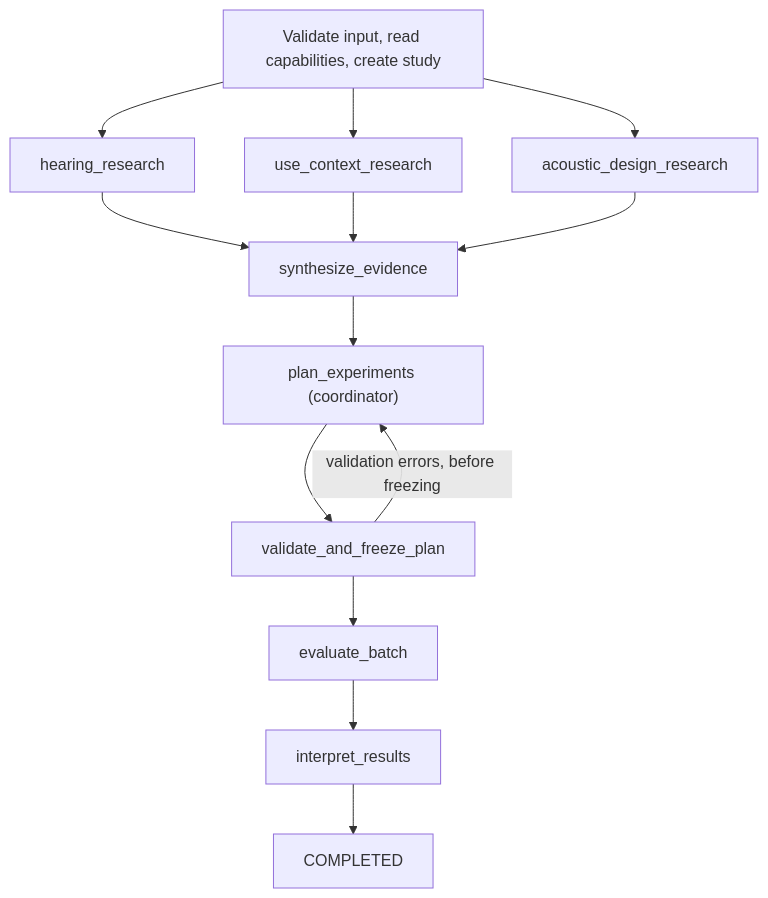
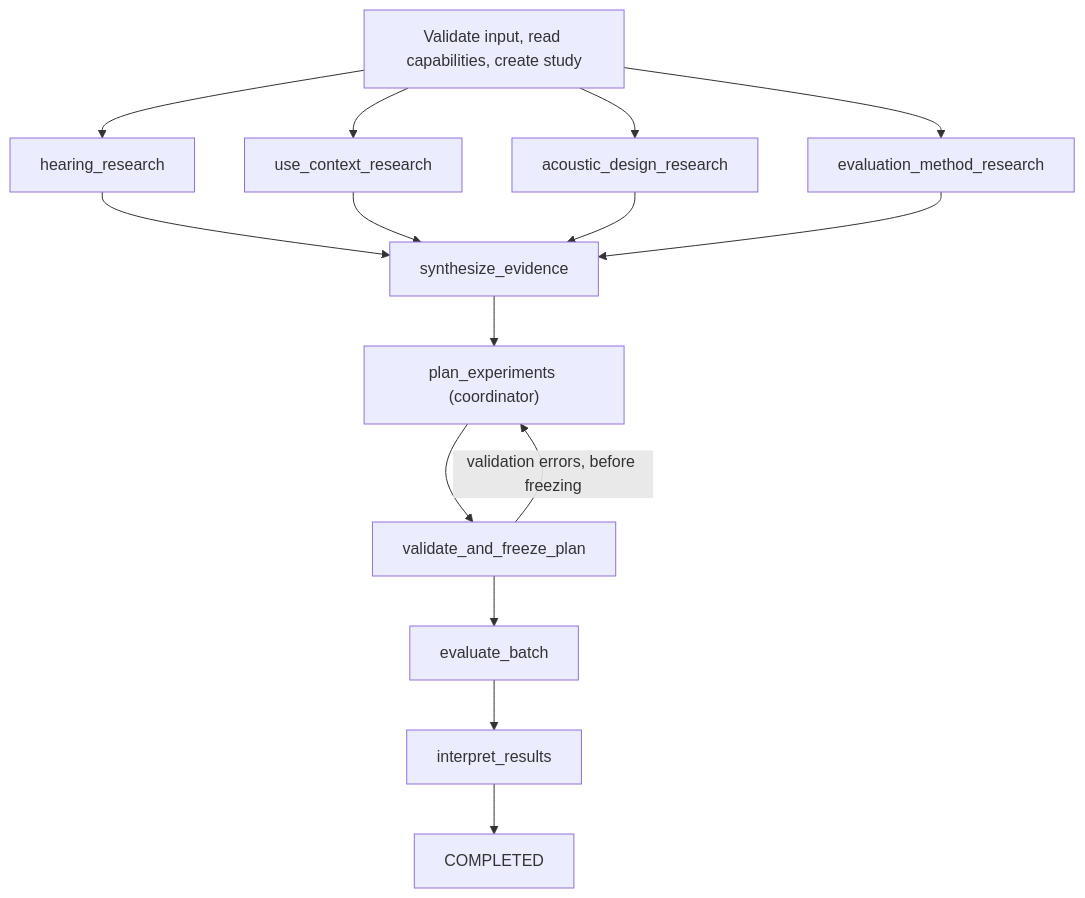
One commit to MarcDasilva/HackPrincetonFall2026 changed the diagram in agents/README.md. Above: the diagram before and after it, drawn with Mermaid. The commit also changed other lines of this file and 8 other files, not shown here.

First line of the commit message:
feat(agents): add an evaluation-method investigator

````diff
--- a/agents/README.md
+++ b/agents/README.md
@@ -35,16 +35,18 @@
 ```mermaid
 flowchart TD
     I["Validate input, read capabilities, create study"]
     I --> H["hearing_research"]
     I --> U["use_context_research"]
     I --> A["acoustic_design_research"]
+    I --> M["evaluation_method_research"]
     H --> S["synthesize_evidence"]
     U --> S
     A --> S
+    M --> S
     S --> P["plan_experiments (coordinator)"]
     P --> V["validate_and_freeze_plan"]
     V -- "validation errors, before freezing" --> P
     V --> E["evaluate_batch"]
     E --> R["interpret_results"]
     R --> D["COMPLETED"]
 ```
````
